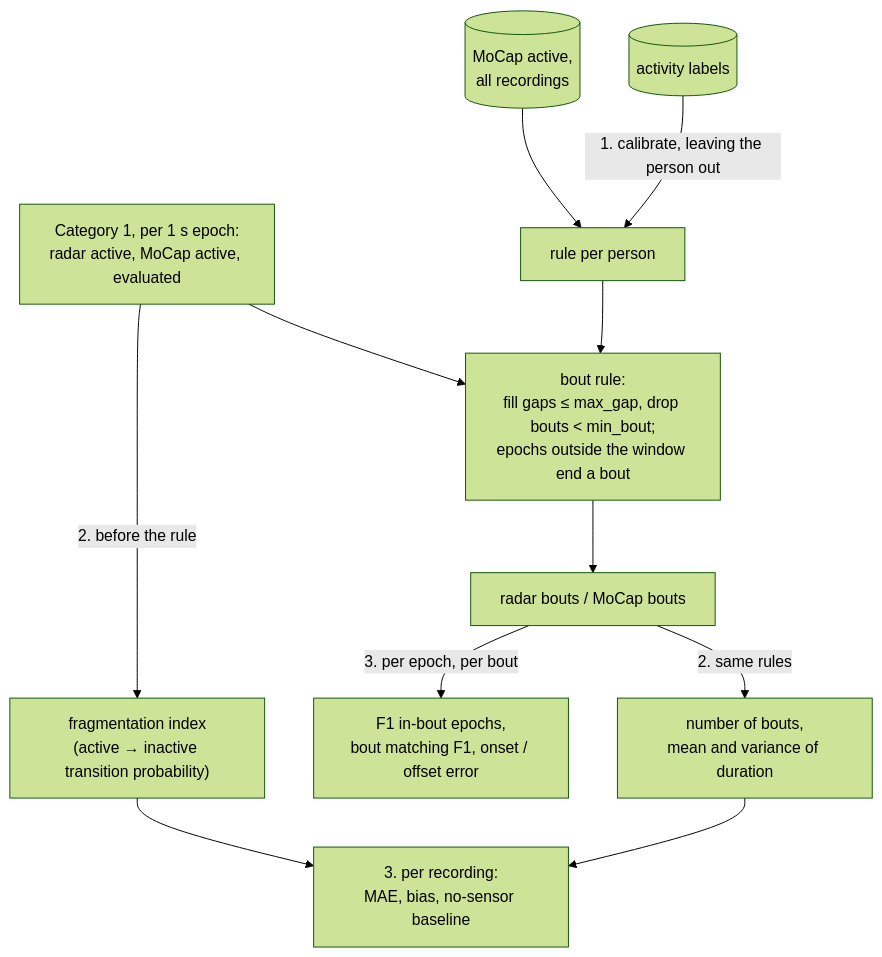
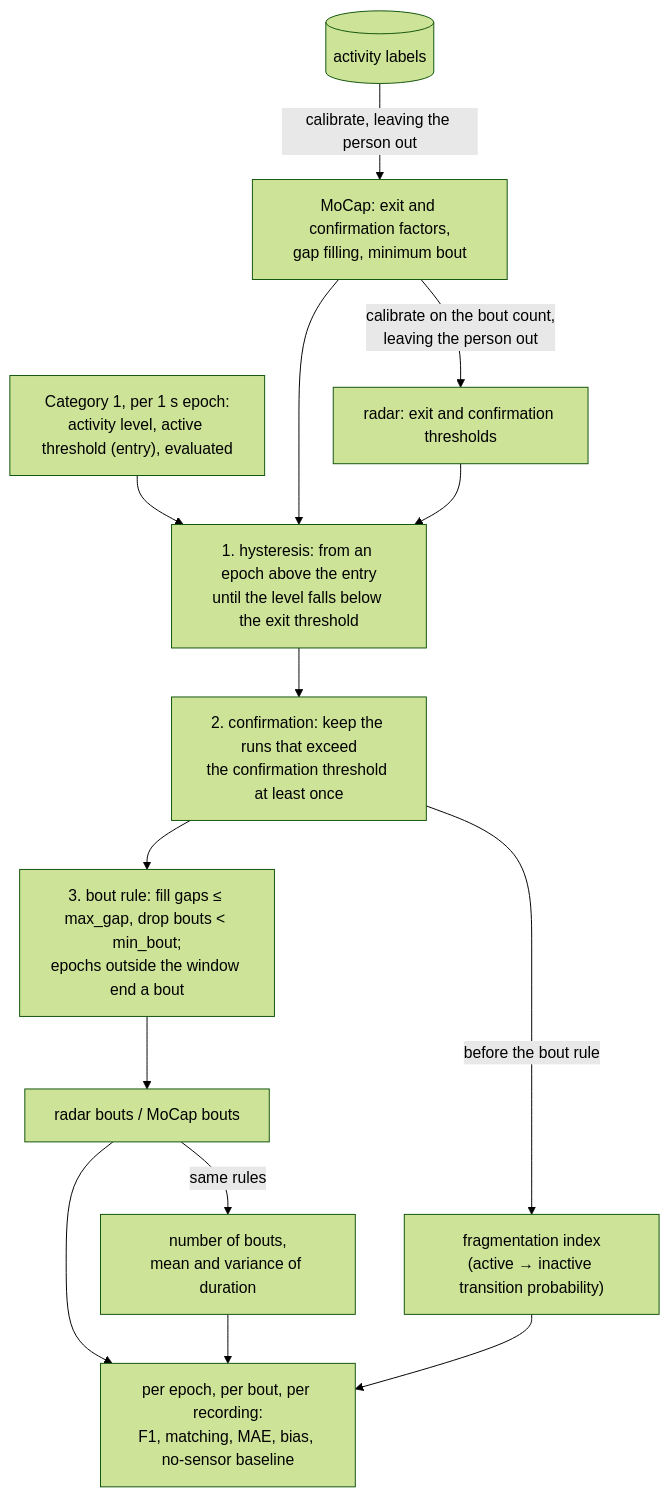
One commit to itsXuanFeng/mobilityIndex changed the diagram in docs/category2.md. Above: the diagram before and after it, drawn with Mermaid (forest theme). The commit also changed other lines of this file and 19 other files, not shown here.

````diff
--- a/docs/category2.md
+++ b/docs/category2.md
@@ -28,13 +37,16 @@
 ```mermaid
 flowchart TD
-    C1["Category 1, per 1 s epoch:<br/>radar active, MoCap active, evaluated"] --> R["bout rule:<br/>fill gaps ≤ max_gap, drop bouts < min_bout;<br/>epochs outside the window end a bout"]
-    L[("activity labels")] -->|"1. calibrate, leaving the person out"| RULE["rule per person"]
-    M[("MoCap active,<br/>all recordings")] --> RULE
-    RULE --> R
+    C1["Category 1, per 1 s epoch:<br/>activity level, active threshold (entry), evaluated"] --> H["1. hysteresis: from an epoch above the entry<br/>until the level falls below the exit threshold"]
+    H --> CF["2. confirmation: keep the runs that exceed<br/>the confirmation threshold at least once"]
+    L[("activity labels")] -->|"calibrate, leaving the person out"| MD["MoCap: exit and confirmation factors,<br/>gap filling, minimum bout"]
+    MD -->|"calibrate on the bout count,<br/>leaving the person out"| RX["radar: exit and confirmation thresholds"]
+    MD --> H
+    RX --> H
+    CF --> R["3. bout rule: fill gaps ≤ max_gap, drop bouts < min_bout;<br/>epochs outside the window end a bout"]
     R --> B["radar bouts / MoCap bouts"]
-    B -->|"2. same rules"| MET["number of bouts,<br/>mean and variance of duration"]
-    C1 -->|"2. before the rule"| FI["fragmentation index<br/>(active → inactive transition probability)"]
-    B -->|"3. per epoch, per bout"| EV["F1 in-bout epochs,<br/>bout matching F1, onset / offset error"]
-    MET --> EV2["3. per recording:<br/>MAE, bias, no-sensor baseline"]
-    FI --> EV2
+    B -->|"same rules"| MET["number of bouts,<br/>mean and variance of duration"]
+    CF -->|"before the bout rule"| FI["fragmentation index<br/>(active → inactive transition probability)"]
+    B --> EV["per epoch, per bout, per recording:<br/>F1, matching, MAE, bias, no-sensor baseline"]
+    MET --> EV
+    FI --> EV
 ```
````
